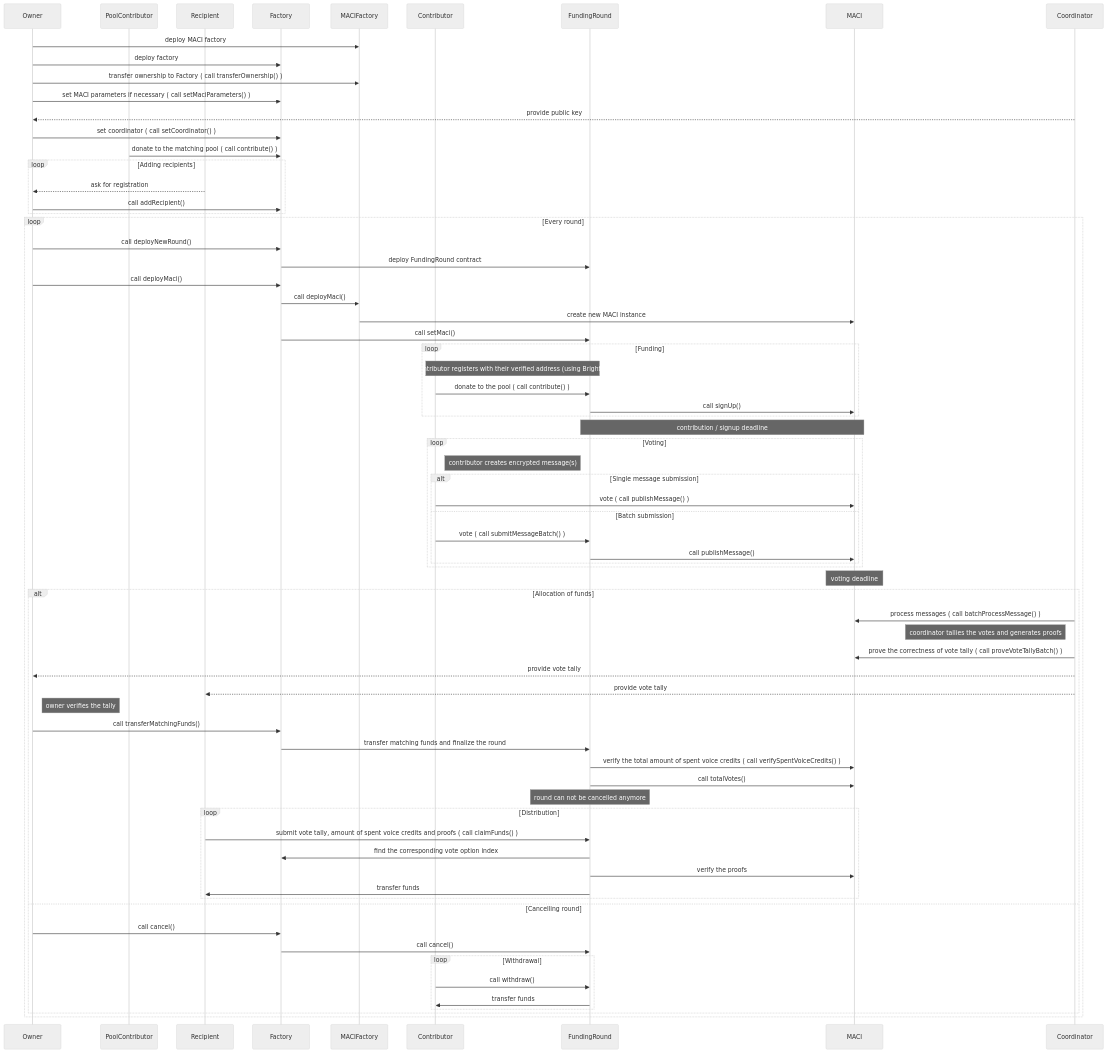
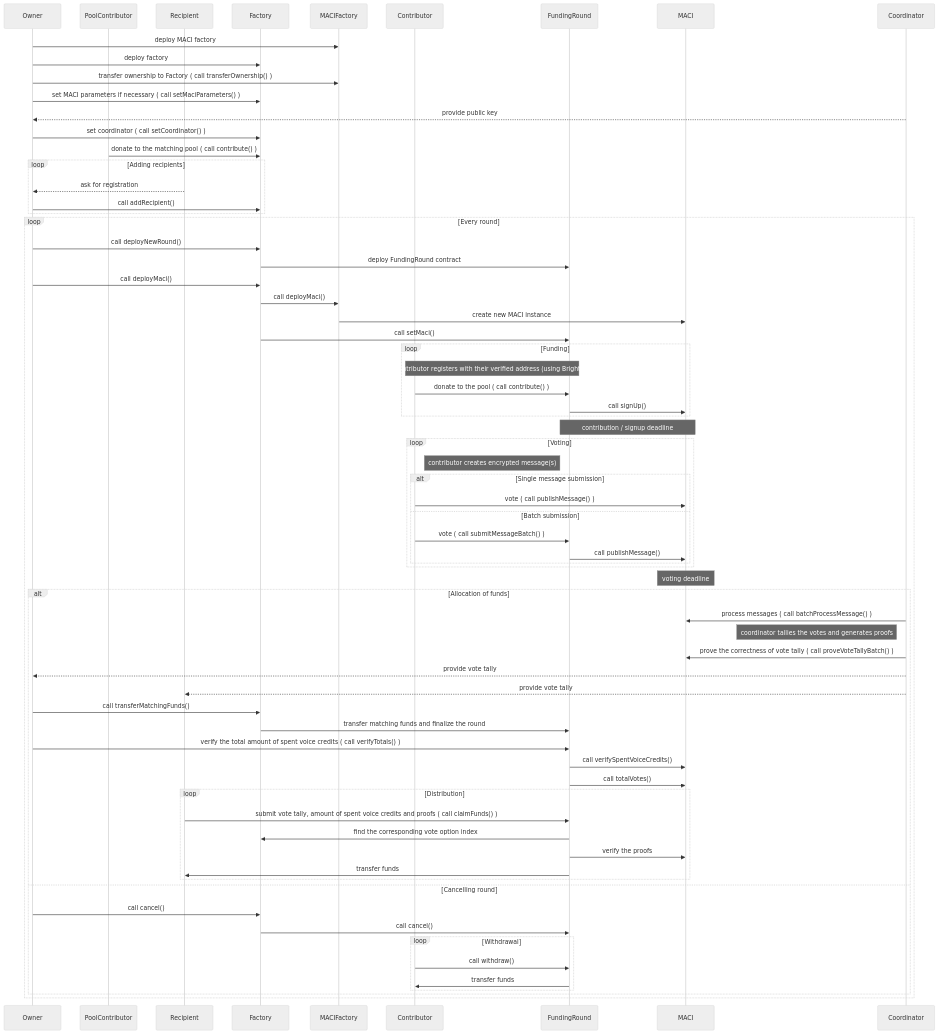
One commit to goldentechie/clrfund changed the diagram in docs/clrfund.mmd. Above: the diagram before and after it, drawn with Mermaid (neutral theme). The commit also changed 17 other files, not shown here.

```diff
--- a/docs/clrfund.mmd
+++ b/docs/clrfund.mmd
@@ -1,83 +1,82 @@
 %% To render this diagram, paste the code into the live editor https://mermaid-js.github.io/mermaid-live-editor/ or use Mermaid CLI
 
 sequenceDiagram
     participant Owner
     participant PoolContributor
     participant Recipient
     participant Factory
     participant MACIFactory
     participant Contributor
     participant FundingRound
     participant MACI
     participant Coordinator
     
     Owner ->> MACIFactory: deploy MACI factory
     Owner ->> Factory: deploy factory
     Owner ->> MACIFactory: transfer ownership to Factory ( call transferOwnership() )
     Owner ->> Factory: set MACI parameters if necessary ( call setMaciParameters() )
     Coordinator -->> Owner: provide public key
     Owner ->> Factory: set coordinator ( call setCoordinator() )
     PoolContributor ->> Factory: donate to the matching pool ( call contribute() )
 
     loop Adding recipients
         Recipient -->> Owner: ask for registration
         Owner ->> Factory: call addRecipient()
     end
     
     loop Every round
         Owner ->> Factory: call deployNewRound()
         Factory ->> FundingRound: deploy FundingRound contract
         Owner ->> Factory: call deployMaci()
         Factory ->> MACIFactory: call deployMaci()
         MACIFactory ->> MACI: create new MACI instance
         Factory ->> FundingRound: call setMaci()
         
         loop Funding
             Note over Contributor, FundingRound: contributor registers with their verified address (using BrightID)
             Contributor ->> FundingRound: donate to the pool ( call contribute() )
             FundingRound ->> MACI: call signUp()
         end
         
         Note over FundingRound, MACI: contribution / signup deadline
         
         loop Voting
             Note right of Contributor: contributor creates encrypted message(s)
             alt Single message submission
                 Contributor ->> MACI: vote ( call publishMessage() )
             else Batch submission
                 Contributor ->> FundingRound: vote ( call submitMessageBatch() )
                 FundingRound ->> MACI: call publishMessage()
             end
         end
         
         Note over MACI: voting deadline
 
         alt Allocation of funds
             Coordinator ->> MACI: process messages ( call batchProcessMessage() )
             Note left of Coordinator: coordinator tallies the votes and generates proofs
             Coordinator ->> MACI: prove the correctness of vote tally ( call proveVoteTallyBatch() )
             Coordinator -->> Owner: provide vote tally
             Coordinator -->> Recipient: provide vote tally
-            Note right of Owner: owner verifies the tally
             Owner ->> Factory: call transferMatchingFunds()
             Factory ->> FundingRound: transfer matching funds and finalize the round
-            FundingRound ->> MACI: verify the total amount of spent voice credits ( call verifySpentVoiceCredits() )
+            Owner ->> FundingRound: verify the total amount of spent voice credits ( call verifyTotals() )
+            FundingRound ->> MACI: call verifySpentVoiceCredits()
             FundingRound ->> MACI: call totalVotes()
-            Note over FundingRound: round can not be cancelled anymore
 
             loop Distribution
                 Recipient ->> FundingRound: submit vote tally, amount of spent voice credits and proofs ( call claimFunds() )
                 FundingRound ->> Factory: find the corresponding vote option index
                 FundingRound ->> MACI: verify the proofs
                 FundingRound ->> Recipient: transfer funds
             end
         else Cancelling round
             Owner ->> Factory: call cancel()
             Factory ->> FundingRound: call cancel()
 
             loop Withdrawal
                 Contributor ->> FundingRound: call withdraw()
                 FundingRound ->> Contributor: transfer funds
             end
         end
     end
```
